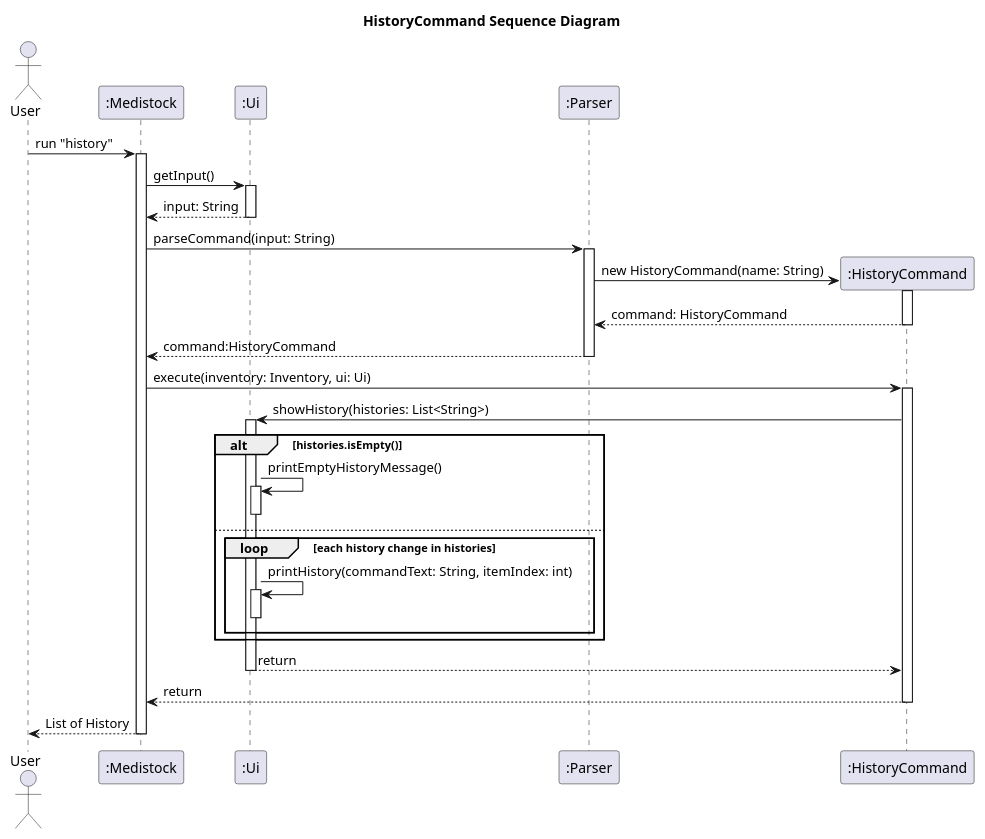
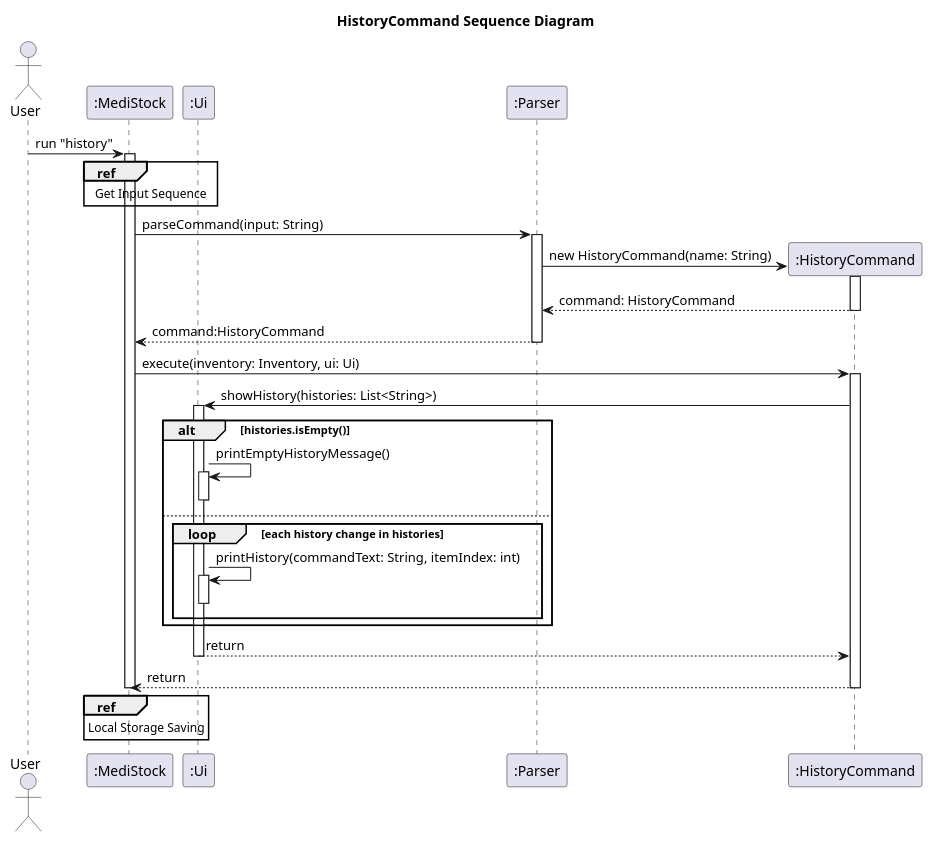
One commit to Yonish18/tp changed the diagram in docs/uml/HistoryCommandSequenceDiagram.puml. Above: the diagram before and after it, drawn with PlantUML. The commit also changed 25 other files, not shown here.

First line of the commit message:
Updated DG to correct sequence diagrams.

```diff
--- a/docs/uml/HistoryCommandSequenceDiagram.puml
+++ b/docs/uml/HistoryCommandSequenceDiagram.puml
@@ -1,54 +1,54 @@
 @startuml
 title HistoryCommand Sequence Diagram
 
 actor User
-participant ":Medistock" as App
+participant ":MediStock" as App
 participant ":Ui" as Ui
 participant ":Parser" as Parser
 participant ":HistoryCommand" as HistoryCommand
 
 User -> App : run "history"
 activate App
-
-App -> Ui : getInput()
-activate Ui
-Ui --> App : input: String
-deactivate Ui
+ref over App, Ui
+    Get Input Sequence
+end
 
 App -> Parser : parseCommand(input: String)
 activate Parser
 
 create HistoryCommand
 Parser -> HistoryCommand : new HistoryCommand(name: String)
 activate HistoryCommand
 HistoryCommand --> Parser : command: HistoryCommand
 deactivate HistoryCommand
 
 Parser --> App : command:HistoryCommand
 deactivate Parser
 
 App -> HistoryCommand : execute(inventory: Inventory, ui: Ui)
 activate HistoryCommand
 
 HistoryCommand -> Ui : showHistory(histories: List<String>)
 activate Ui
 alt histories.isEmpty()
     Ui -> Ui : printEmptyHistoryMessage()
     activate Ui
     deactivate Ui
 else
     loop each history change in histories
         Ui -> Ui : printHistory(commandText: String, itemIndex: int)
         activate Ui
         deactivate Ui
     end
 end
 Ui --> HistoryCommand : return
 deactivate Ui
 
 HistoryCommand --> App : return
 deactivate HistoryCommand
 
-App --> User : List of History
+ref over App
+    Local Storage Saving
+end
 deactivate App
 @enduml
```
